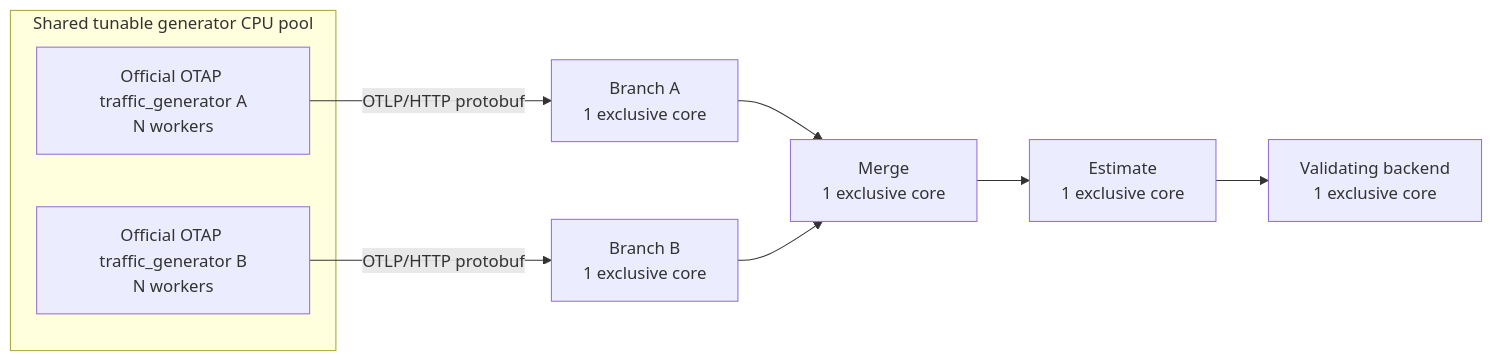
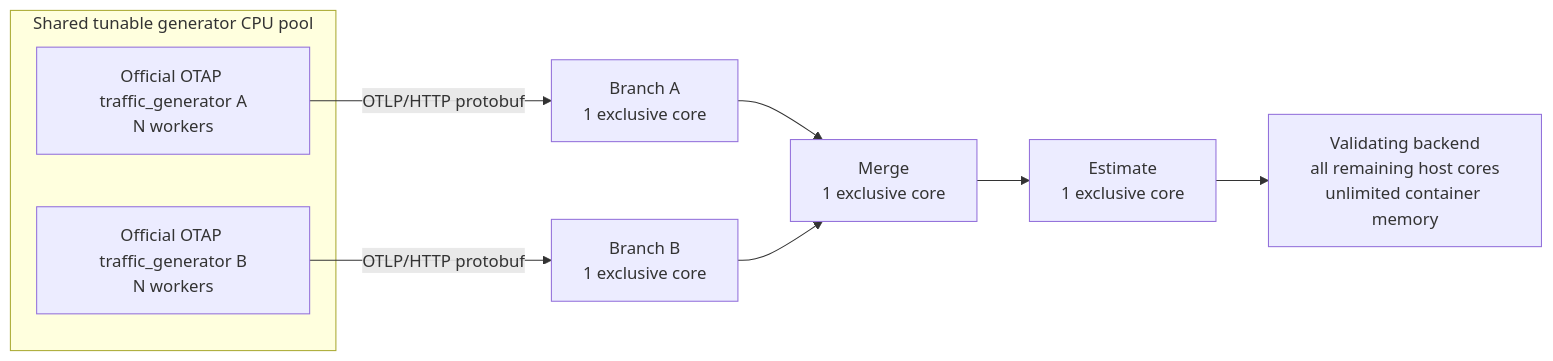
One commit to ProjectASAP/ASAPCollector-public changed the diagram in benchmarks/CAPACITY_DESIGN.md. Above: the diagram before and after it, drawn with Mermaid. The commit also changed other lines of this file and 4 other files, not shown here.

Commit message:
Remove validating backend from capacity budget

````diff
--- a/benchmarks/CAPACITY_DESIGN.md
+++ b/benchmarks/CAPACITY_DESIGN.md
@@ -11,13 +11,13 @@
 ```mermaid
 flowchart LR
   subgraph G["Shared tunable generator CPU pool"]
     GA["Official OTAP traffic_generator A<br/>N workers"]
     GB["Official OTAP traffic_generator B<br/>N workers"]
   end
   GA -->|OTLP/HTTP protobuf| BA["Branch A<br/>1 exclusive core"]
   GB -->|OTLP/HTTP protobuf| BB["Branch B<br/>1 exclusive core"]
   BA --> M["Merge<br/>1 exclusive core"]
   BB --> M
   M --> E["Estimate<br/>1 exclusive core"]
-  E --> V["Validating backend<br/>1 exclusive core"]
+  E --> V["Validating backend<br/>all remaining host cores<br/>unlimited container memory"]
 ```
````
